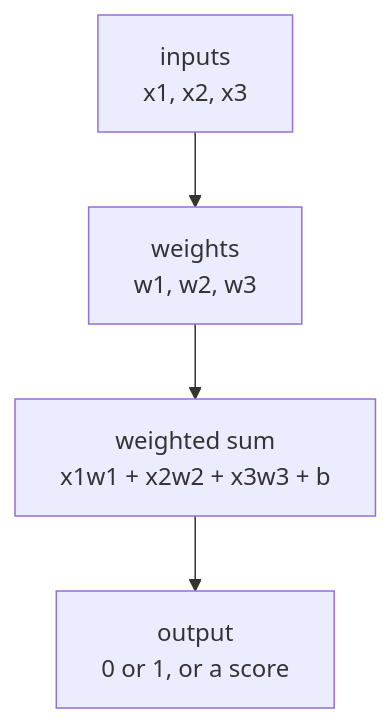
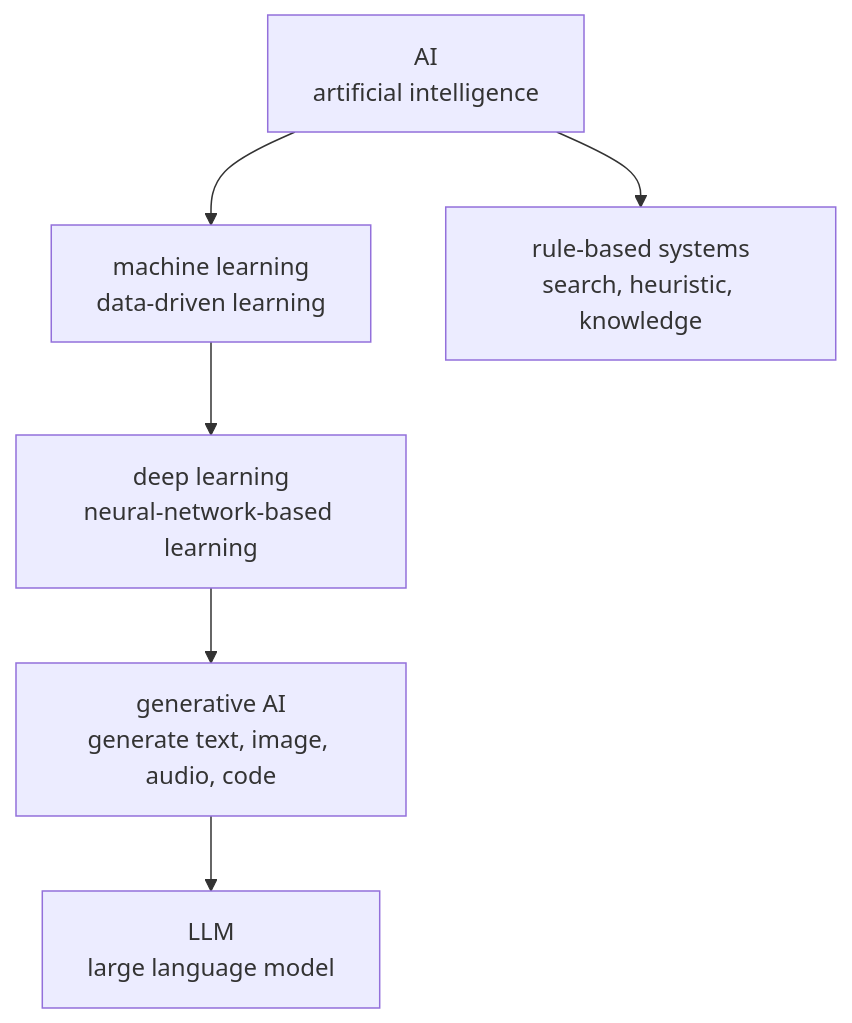
Before and after one commit to devchan64/AiBook: the first of 2 diagrams in docs/parts/part-04/chapter-01/section-01.md, drawn with Mermaid. The commit also changed other lines of this file and 213 other files, not shown here.

````diff
--- a/docs/parts/part-04/chapter-01/section-01.md
+++ b/docs/parts/part-04/chapter-01/section-01.md
@@ -68,11 +67,14 @@
 ```mermaid
 flowchart TD
-  A["inputs<br/>x1, x2, x3"]
-  B["weights<br/>w1, w2, w3"]
-  C["weighted sum<br/>x1w1 + x2w2 + x3w3 + b"]
-  D["output<br/>0 or 1, or a score"]
+  A["AI<br/>artificial intelligence"]
+  B["machine learning<br/>data-driven learning"]
+  C["deep learning<br/>neural-network-based learning"]
+  D["generative AI<br/>generate text, image, audio, code"]
+  E["LLM<br/>large language model"]
 
   A --> B
+  A --> R["rule-based systems<br/>search, heuristic, knowledge"]
   B --> C
   C --> D
+  D --> E
 ```
````
